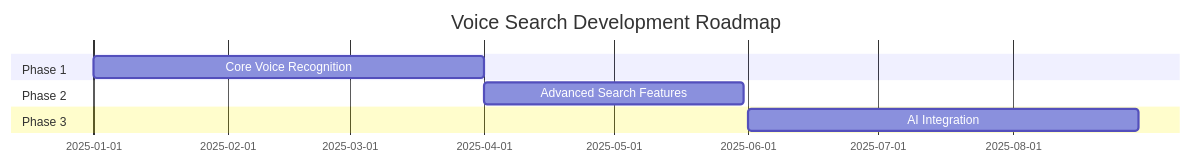
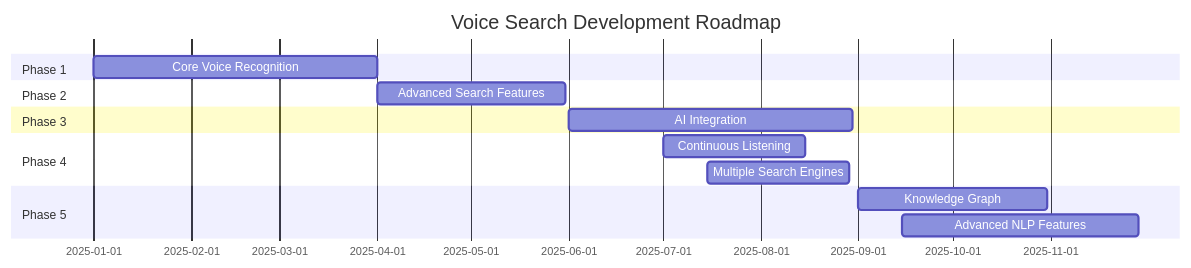
One commit to Kedhareswer/Voice_Search changed the second of 3 diagrams in README.md. Above: the diagram before and after it, drawn with Mermaid. The commit also changed other lines of this file and 1 other file, not shown here.

````diff
--- a/README.md
+++ b/README.md
@@ -72,11 +83,17 @@
 ```mermaid
 gantt
     title Voice Search Development Roadmap
     dateFormat  YYYY-MM-DD
     section Phase 1
     Core Voice Recognition    :2025-01-01, 90d
     section Phase 2
     Advanced Search Features  :2025-04-01, 60d
     section Phase 3
     AI Integration           :2025-06-01, 90d
+    section Phase 4
+    Continuous Listening     :2025-07-01, 45d
+    Multiple Search Engines  :2025-07-15, 45d
+    section Phase 5
+    Knowledge Graph          :2025-09-01, 60d
+    Advanced NLP Features    :2025-09-15, 75d
 ```
````
